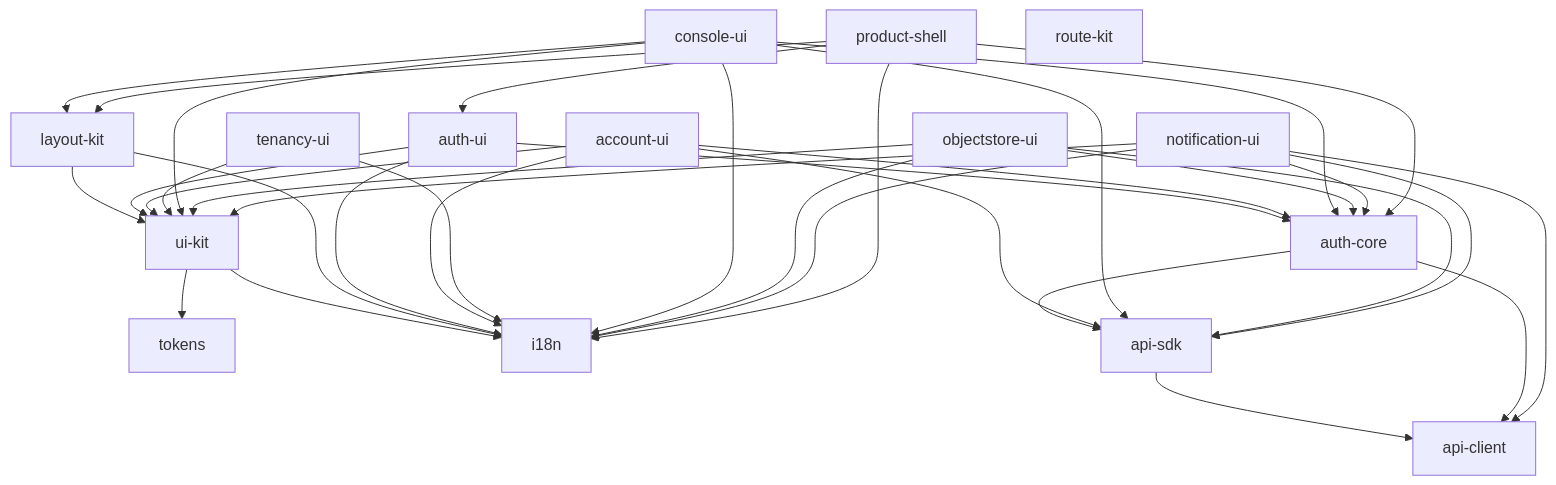
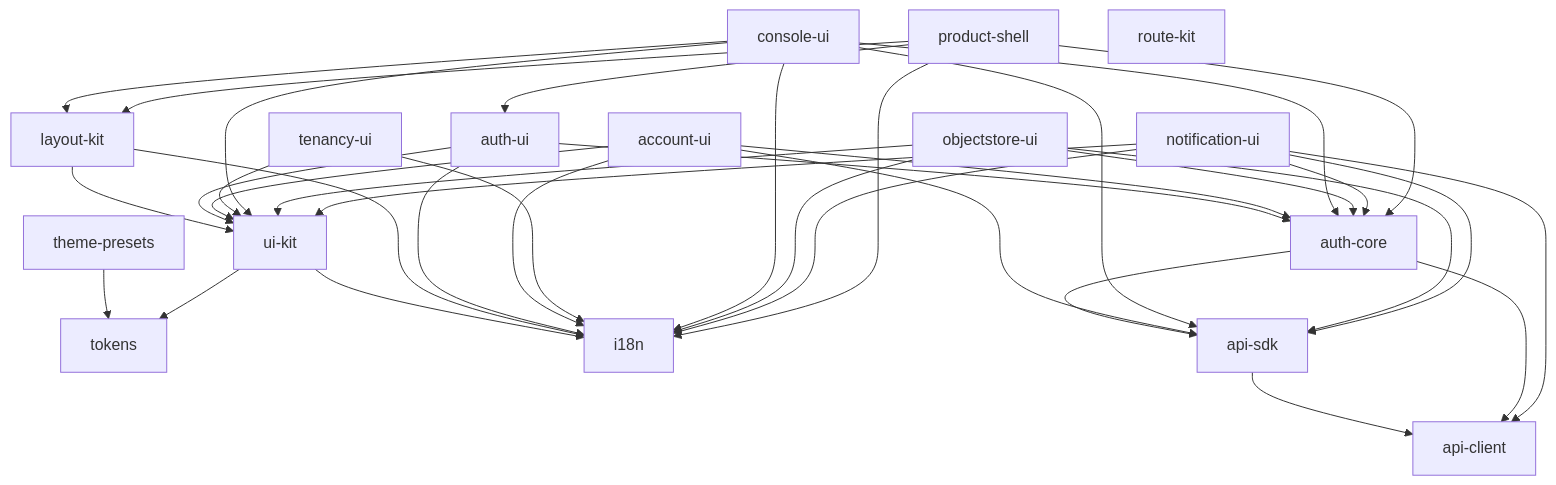
The diagram in docs/design/modules/web/design-web.md (wangzw/speed), drawn with Mermaid before and after one commit. The commit also changed other lines of this file and 16 other files, not shown here.

First line of the commit message:
docs: record the shell layout variants and theme presets

````diff
--- a/docs/design/modules/web/design-web.md
+++ b/docs/design/modules/web/design-web.md
@@ -161,41 +162,42 @@
 ```mermaid
 graph TD
     tokens
+    theme-presets --> tokens
     i18n
     api-client
     ui-kit --> tokens
     ui-kit --> i18n
     layout-kit --> ui-kit
     layout-kit --> i18n
     api-sdk --> api-client
     auth-core --> api-sdk
     auth-core --> api-client
     auth-ui --> ui-kit
     auth-ui --> auth-core
     auth-ui --> i18n
     account-ui --> ui-kit
     account-ui --> auth-core
     account-ui --> i18n
     account-ui --> api-sdk
     tenancy-ui --> i18n
     tenancy-ui --> ui-kit
     console-ui --> ui-kit
     console-ui --> layout-kit
     console-ui --> auth-core
     console-ui --> api-sdk
     console-ui --> i18n
     objectstore-ui --> ui-kit
     objectstore-ui --> i18n
     objectstore-ui --> api-sdk
     objectstore-ui --> auth-core
     notification-ui --> ui-kit
     notification-ui --> i18n
     notification-ui --> auth-core
     notification-ui --> api-sdk
     notification-ui --> api-client
     product-shell --> layout-kit
     product-shell --> auth-ui
     product-shell --> auth-core
     product-shell --> i18n
     route-kit
 ```
````
